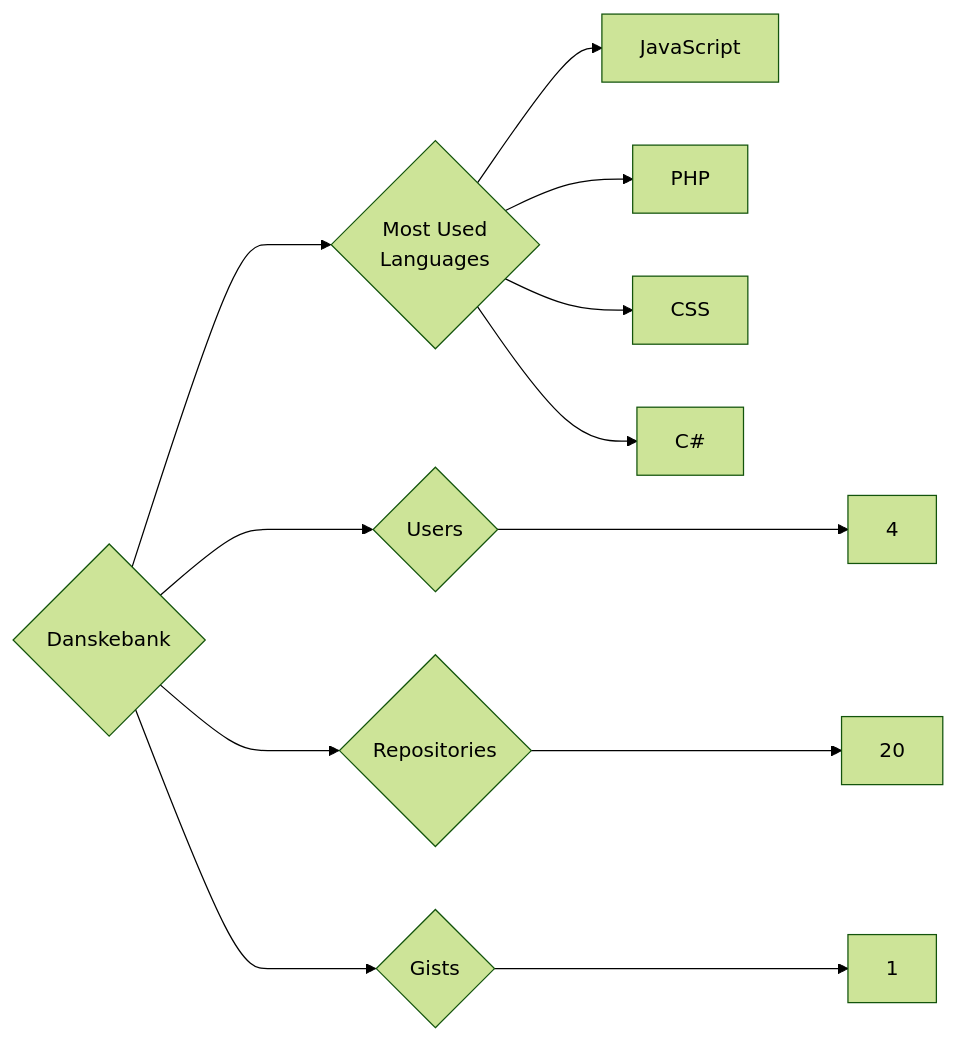
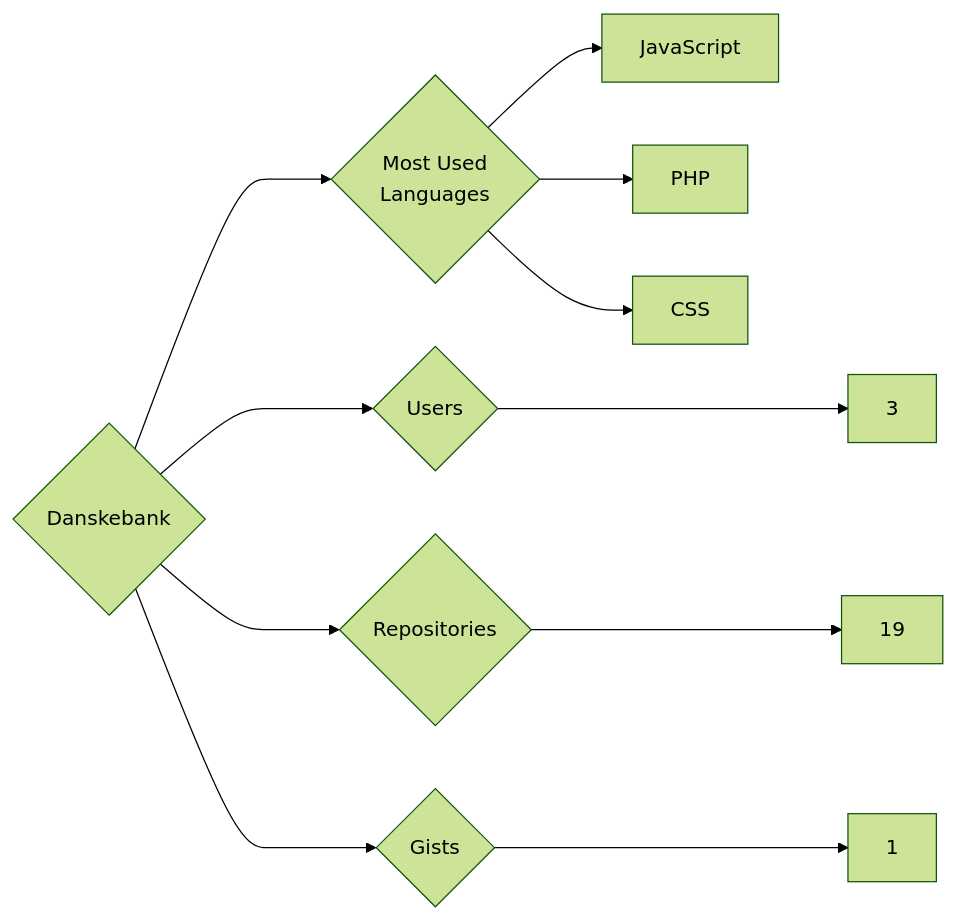
One commit to trickest/insiders changed the diagram in targets/Danskebank/README.md. Above: the diagram before and after it, drawn with Mermaid (forest theme). The commit also changed 1036 other files, not shown here.

````diff
--- a/targets/Danskebank/README.md
+++ b/targets/Danskebank/README.md
@@ -3,12 +3,11 @@
 ```mermaid
 graph LR
 COMPANY_NAME{Danskebank}
-COMPANY_NAME ---> U{Users} ---> UN[4]
-COMPANY_NAME ---> R{Repositories} ---> RN[20]
+COMPANY_NAME ---> U{Users} ---> UN[3]
+COMPANY_NAME ---> R{Repositories} ---> RN[19]
 COMPANY_NAME ---> G{Gists} ---> GN[1]
 COMPANY_NAME ---> ML{Most Used<br>Languages}
 ML --> JavaScript[JavaScript]
 ML --> PHP[PHP]
 ML --> CSS[CSS]
-ML --> C#[C#]
 ```
````
